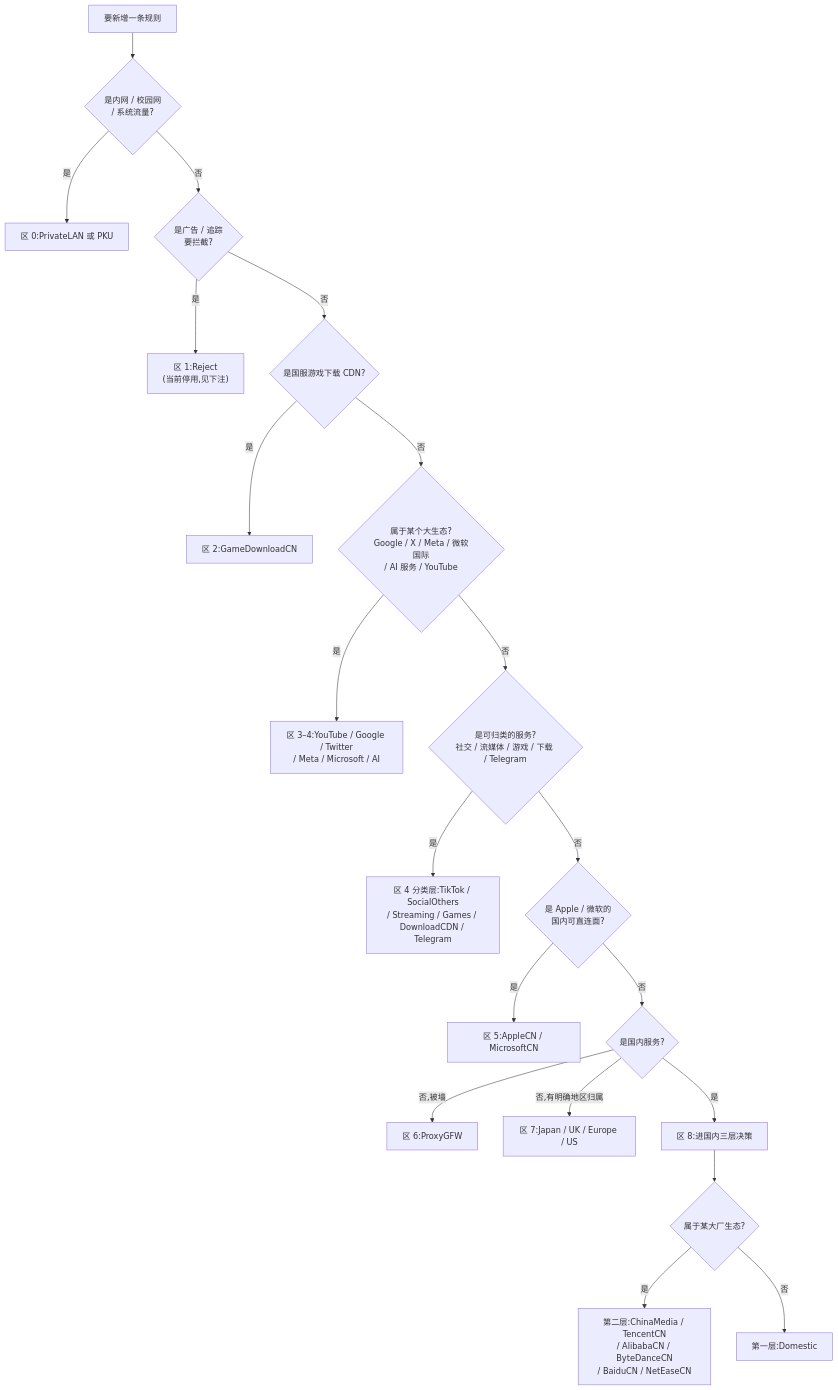
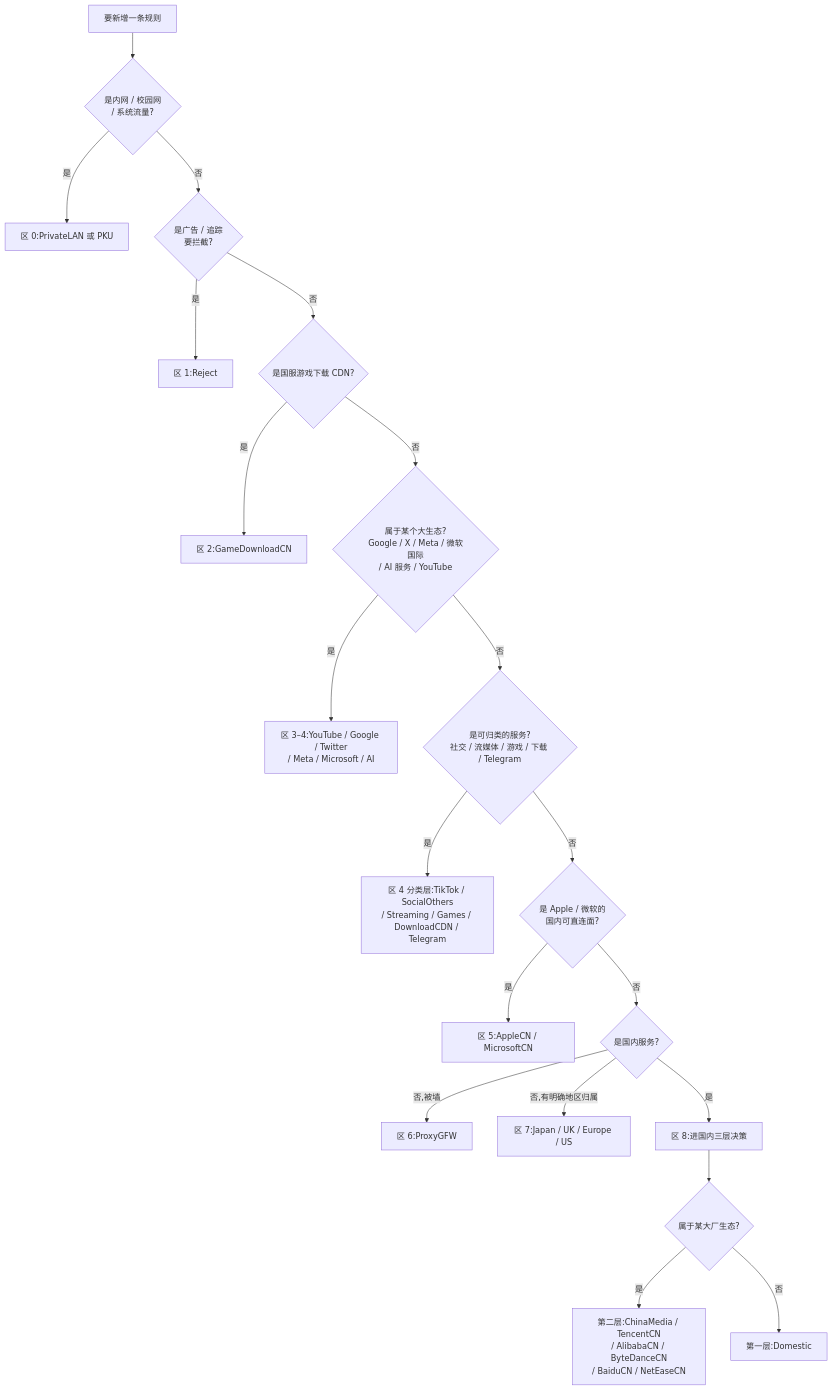
The diagram in docs/MAINTENANCE.md (yhyfhgs/surge-rules), drawn with Mermaid before and after one commit. The commit also changed other lines of this file and 79 other files, not shown here.

````diff
--- a/docs/MAINTENANCE.md
+++ b/docs/MAINTENANCE.md
@@ -24,22 +24,22 @@
 ```mermaid
 flowchart TD
     S["要新增一条规则"] --> Q0{"是内网 / 校园网<br/>/ 系统流量?"}
     Q0 -->|是| Z0["区 0:PrivateLAN 或 PKU"]
     Q0 -->|否| Q1{"是广告 / 追踪<br/>要拦截?"}
-    Q1 -->|是| Z1["区 1:Reject<br/>(当前停用,见下注)"]
+    Q1 -->|是| Z1["区 1:Reject"]
     Q1 -->|否| Q2{"是国服游戏下载 CDN?"}
     Q2 -->|是| Z2["区 2:GameDownloadCN"]
     Q2 -->|否| Q3{"属于某个大生态?<br/>Google / X / Meta / 微软国际<br/>/ AI 服务 / YouTube"}
     Q3 -->|是| Z34["区 3–4:YouTube / Google / Twitter<br/>/ Meta / Microsoft / AI"]
     Q3 -->|否| Q4{"是可归类的服务?<br/>社交 / 流媒体 / 游戏 / 下载 / Telegram"}
     Q4 -->|是| Z4["区 4 分类层:TikTok / SocialOthers<br/>/ Streaming / Games / DownloadCDN / Telegram"]
     Q4 -->|否| Q5{"是 Apple / 微软的<br/>国内可直连面?"}
     Q5 -->|是| Z5["区 5:AppleCN / MicrosoftCN"]
     Q5 -->|否| Q6{"是国内服务?"}
     Q6 -->|否,被墙| Z6["区 6:ProxyGFW"]
     Q6 -->|否,有明确地区归属| Z7["区 7:Japan / UK / Europe / US"]
     Q6 -->|是| L["区 8:进国内三层决策"]
     L --> LQ1{"属于某大厂生态?"}
     LQ1 -->|是| LB["第二层:ChinaMedia / TencentCN<br/>/ AlibabaCN / ByteDanceCN<br/>/ BaiduCN / NetEaseCN"]
     LQ1 -->|否| LA["第一层:Domestic"]
 ```
````
